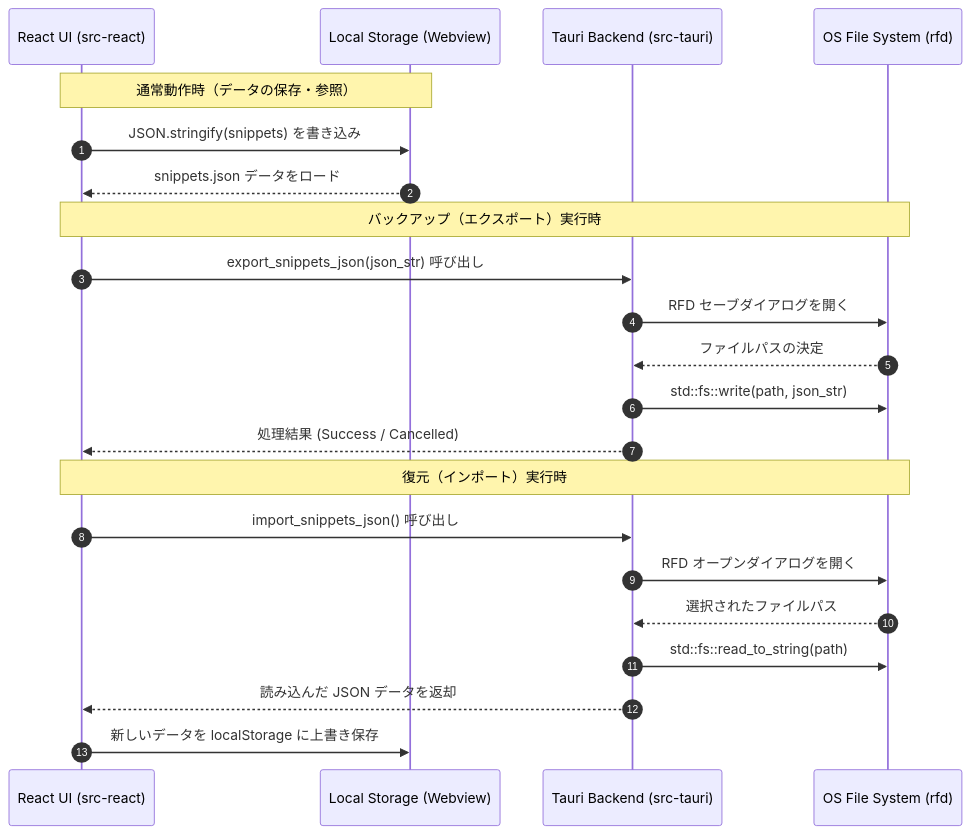
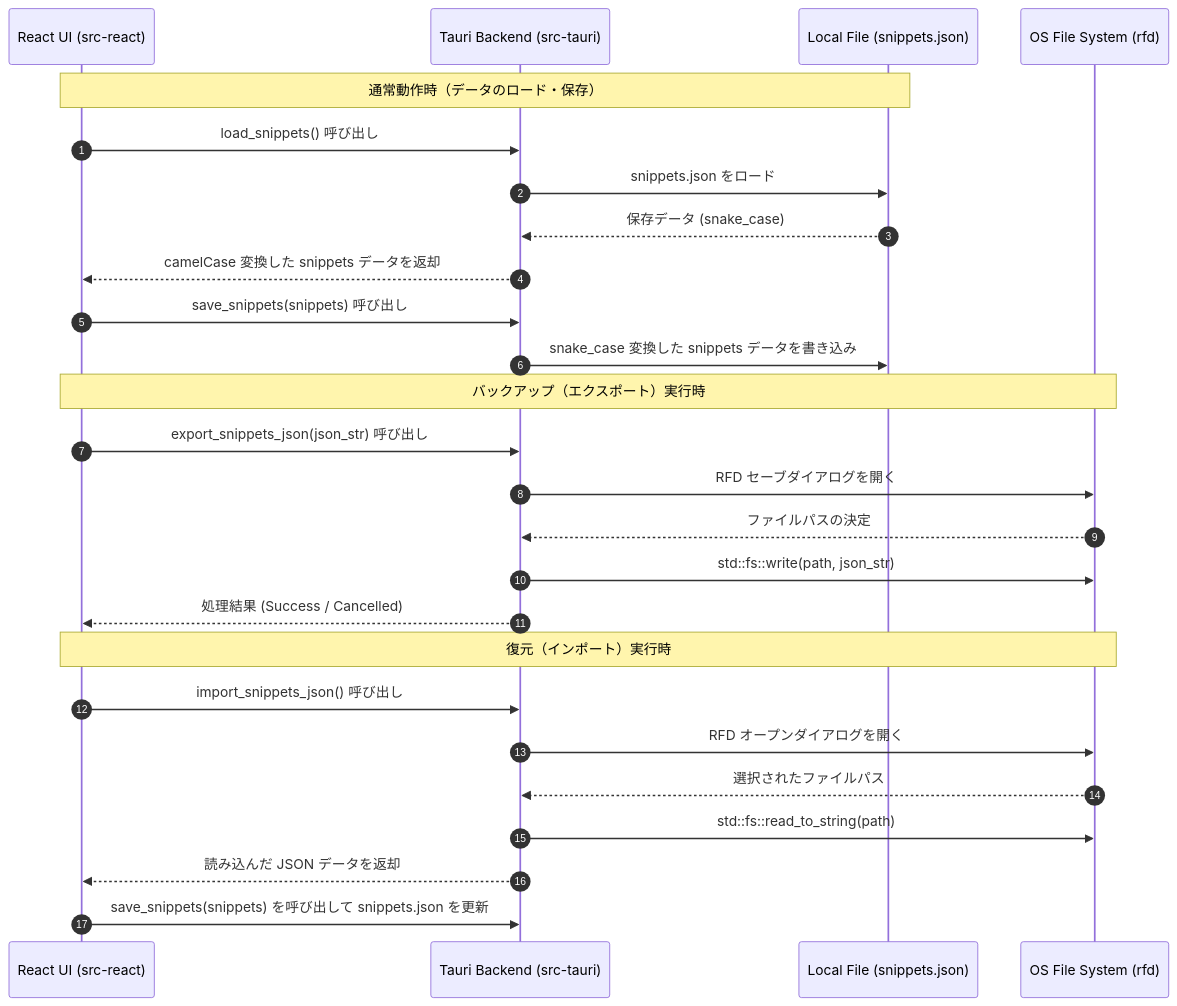
The second of 3 diagrams in docs/ARCHITECTURE.md (tkshnkgwr/SnippetFlow), drawn with Mermaid before and after one commit. The commit also changed other lines of this file and 9 other files, not shown here.

````diff
--- a/docs/ARCHITECTURE.md
+++ b/docs/ARCHITECTURE.md
@@ -101,27 +102,32 @@
 ```mermaid
 sequenceDiagram
     autonumber
     participant UI as React UI (src-react)
-    participant LocalStorage as Local Storage (Webview)
     participant Backend as Tauri Backend (src-tauri)
+    participant File as Local File (snippets.json)
     participant OS as OS File System (rfd)
 
-    Note over UI, LocalStorage: 通常動作時（データの保存・参照）
-    UI->>LocalStorage: JSON.stringify(snippets) を書き込み
-    LocalStorage-->>UI: snippets.json データをロード
+    Note over UI, File: 通常動作時（データのロード・保存）
+    UI->>Backend: load_snippets() 呼び出し
+    Backend->>File: snippets.json をロード
+    File-->>Backend: 保存データ (snake_case)
+    Backend-->>UI: camelCase 変換した snippets データを返却
+    
+    UI->>Backend: save_snippets(snippets) 呼び出し
+    Backend->>File: snake_case 変換した snippets データを書き込み
 
     Note over UI, OS: バックアップ（エクスポート）実行時
     UI->>Backend: export_snippets_json(json_str) 呼び出し
     Backend->>OS: RFD セーブダイアログを開く
     OS-->>Backend: ファイルパスの決定
     Backend->>OS: std::fs::write(path, json_str)
     Backend-->>UI: 処理結果 (Success / Cancelled)
 
     Note over UI, OS: 復元（インポート）実行時
     UI->>Backend: import_snippets_json() 呼び出し
     Backend->>OS: RFD オープンダイアログを開く
     OS-->>Backend: 選択されたファイルパス
     Backend->>OS: std::fs::read_to_string(path)
     Backend-->>UI: 読み込んだ JSON データを返却
-    UI->>LocalStorage: 新しいデータを localStorage に上書き保存
+    UI->>Backend: save_snippets(snippets) を呼び出して snippets.json を更新
 ```
````
